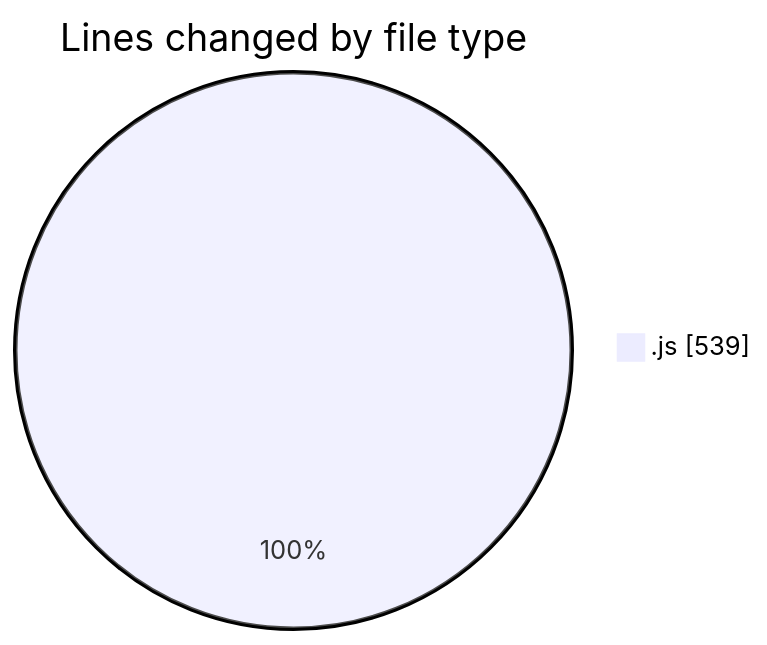
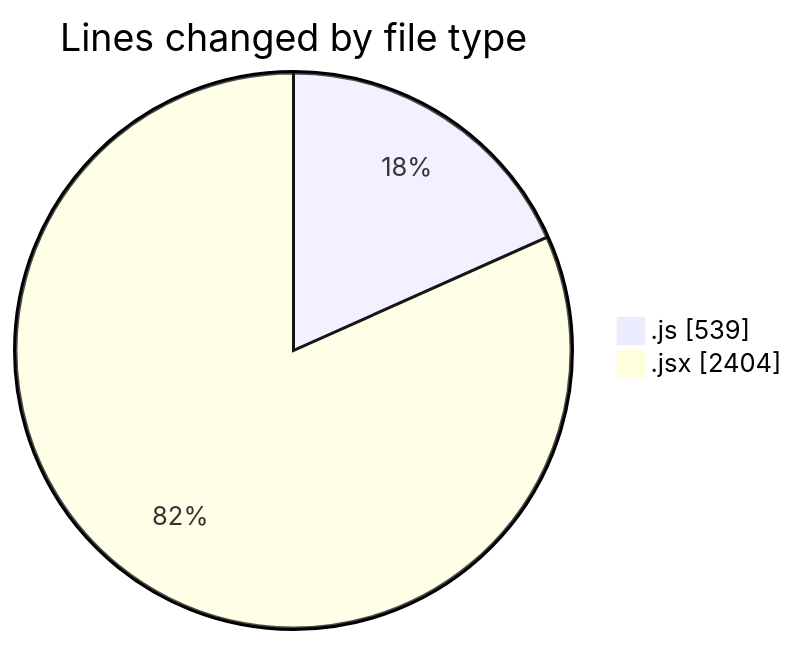
One commit to nxtqubesakshisongat/code-tracking changed the first of 2 diagrams in 2026-01-05/nxtqube_webapp/README.md. Above: the diagram before and after it, drawn with Mermaid. The commit also changed other lines of this file and 1 other file, not shown here.

````diff
--- a/2026-01-05/nxtqube_webapp/README.md
+++ b/2026-01-05/nxtqube_webapp/README.md
@@ -20,5 +21,6 @@
 ```mermaid
 pie showData
 title Lines changed by file type
 ".js" : 539
+".jsx" : 2404
 ```
````
